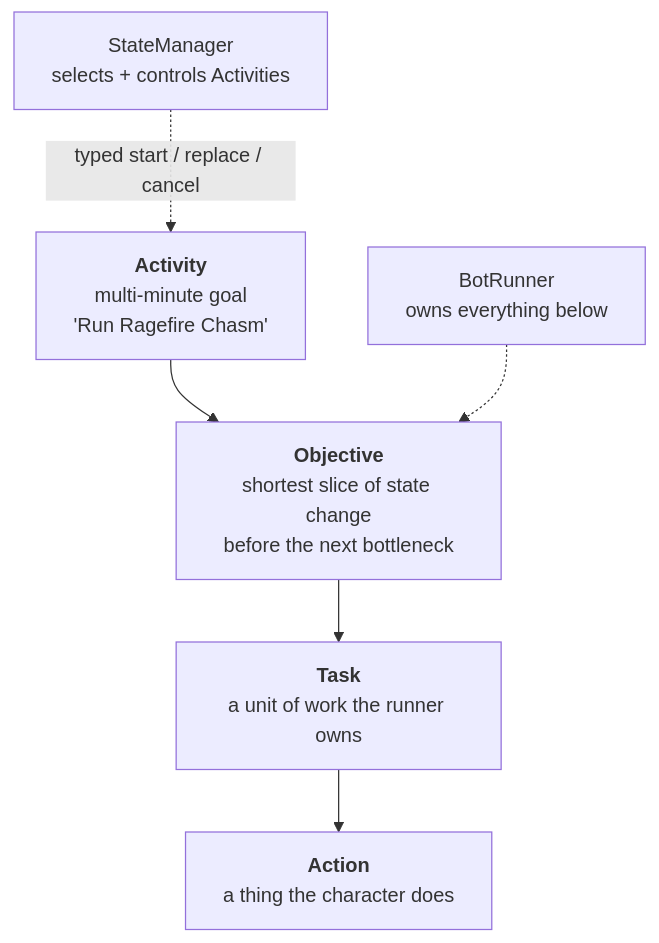
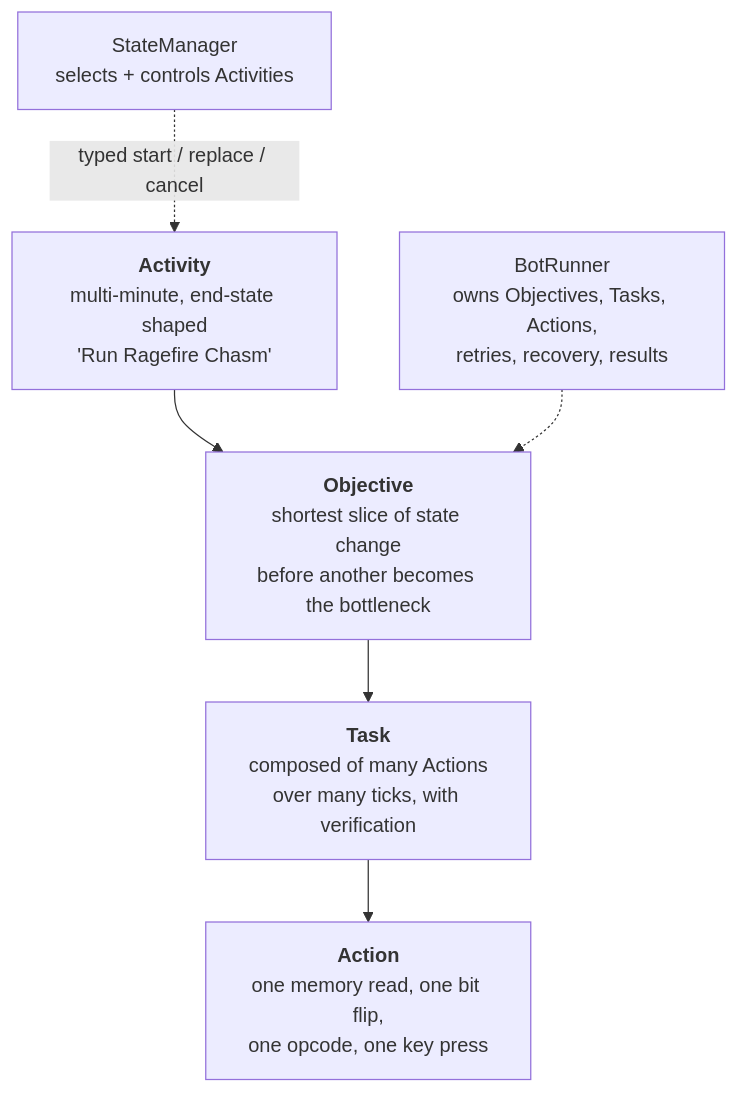
Before and after one commit to lrhodes404/wwow-devblog: the diagram in _posts/2026-09-13-where-it-stands.md, drawn with Mermaid. The commit also changed other lines of this file and 10 other files, not shown here.

````diff
--- a/_posts/2026-09-13-where-it-stands.md
+++ b/_posts/2026-09-13-where-it-stands.md
@@ -25,10 +28,10 @@
 ```mermaid
 flowchart TB
-  A["<b>Activity</b><br/>multi-minute goal<br/>'Run Ragefire Chasm'"]
-  O["<b>Objective</b><br/>shortest slice of state change<br/>before the next bottleneck"]
-  T["<b>Task</b><br/>a unit of work the runner owns"]
-  N["<b>Action</b><br/>a thing the character does"]
+  A["<b>Activity</b><br/>multi-minute, end-state shaped<br/>'Run Ragefire Chasm'"]
+  O["<b>Objective</b><br/>shortest slice of state change<br/>before another becomes the bottleneck"]
+  T["<b>Task</b><br/>composed of many Actions<br/>over many ticks, with verification"]
+  N["<b>Action</b><br/>one memory read, one bit flip,<br/>one opcode, one key press"]
   A --> O --> T --> N
-  SM["StateManager<br/>selects + controls Activities"] -.->|typed start / replace / cancel| A
-  BR["BotRunner<br/>owns everything below"] -.-> O
+  SM["StateManager<br/>selects + controls Activities"] -.->|"typed start / replace / cancel"| A
+  BR["BotRunner<br/>owns Objectives, Tasks, Actions,<br/>retries, recovery, results"] -.-> O
 ```
````
